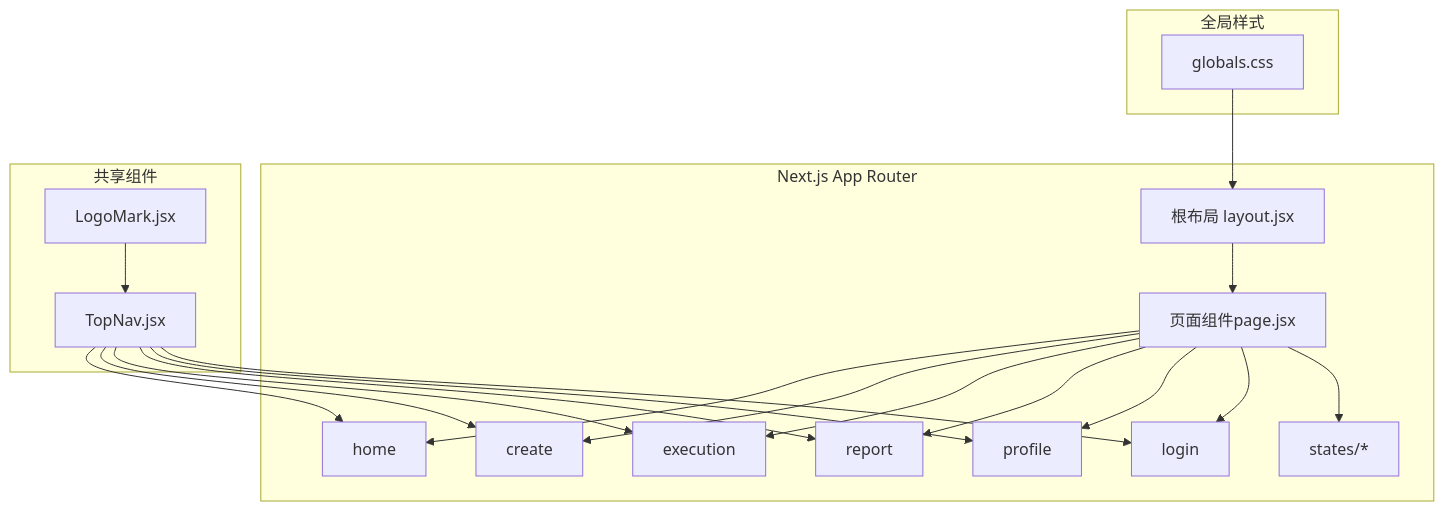
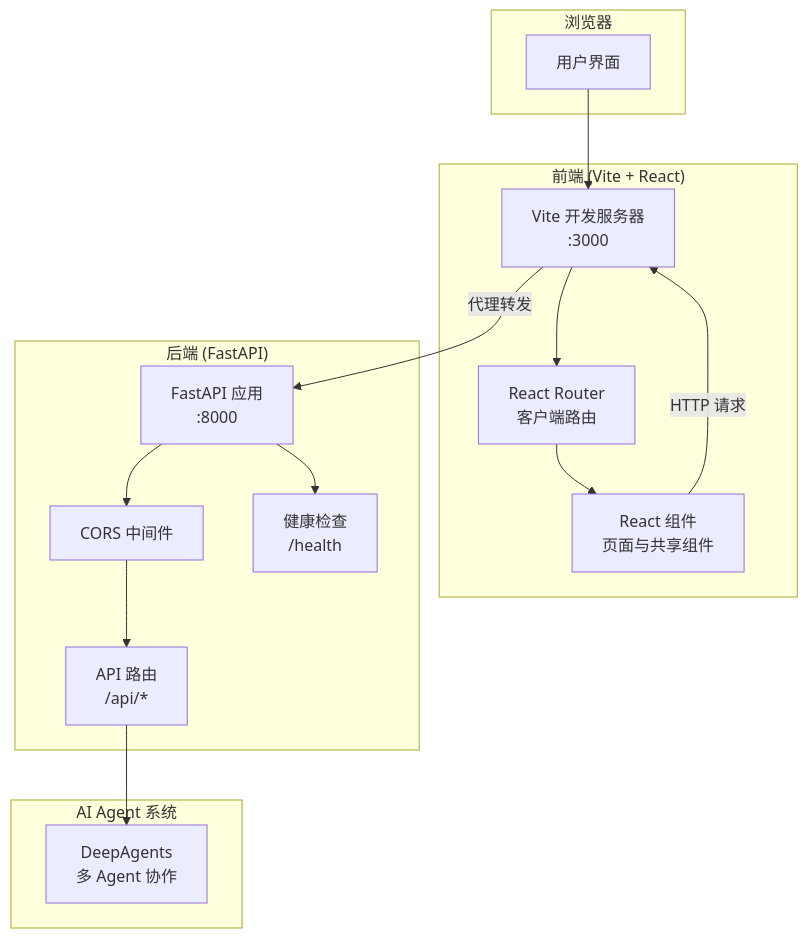
Before and after one commit to marvin9551/InsightMesh: the second of 7 diagrams in .qoder/repowiki/zh/content/项目概述.md, drawn with Mermaid. The commit also changed other lines of this file and 10 other files, not shown here.

````diff
--- a/.qoder/repowiki/zh/content/项目概述.md
+++ b/.qoder/repowiki/zh/content/项目概述.md
@@ -99,28 +112,29 @@
 ```mermaid
 graph TB
-subgraph "Next.js App Router"
-R["根布局 layout.jsx"] --> P["页面组件page.jsx"]
-P --> H["home"]
-P --> C["create"]
-P --> X["execution"]
-P --> Rpt["report"]
-P --> Prof["profile"]
-P --> Lg["login"]
-P --> St["states/*"]
+subgraph "浏览器"
+U["用户界面"]
 end
-subgraph "共享组件"
-TN["TopNav.jsx"]
-LM["LogoMark.jsx"]
+subgraph "前端 (Vite + React)"
+V["Vite 开发服务器<br/>:3000"]
+R["React Router<br/>客户端路由"]
+C["React 组件<br/>页面与共享组件"]
 end
-subgraph "全局样式"
-GCSS["globals.css"]
+subgraph "后端 (FastAPI)"
+F["FastAPI 应用<br/>:8000"]
+M["CORS 中间件"]
+A["API 路由<br/>/api/*"]
+H["健康检查<br/>/health"]
 end
-TN --> H
-TN --> C
-TN --> X
-TN --> Rpt
-TN --> Prof
-TN --> Lg
-LM --> TN
-GCSS --> R
+subgraph "AI Agent 系统"
+D["DeepAgents<br/>多 Agent 协作"]
+end
+U --> V
+V --> R
+R --> C
+C --> |HTTP 请求| V
+V --> |代理转发| F
+F --> M
+M --> A
+A --> D
+F --> H
 ```
````
